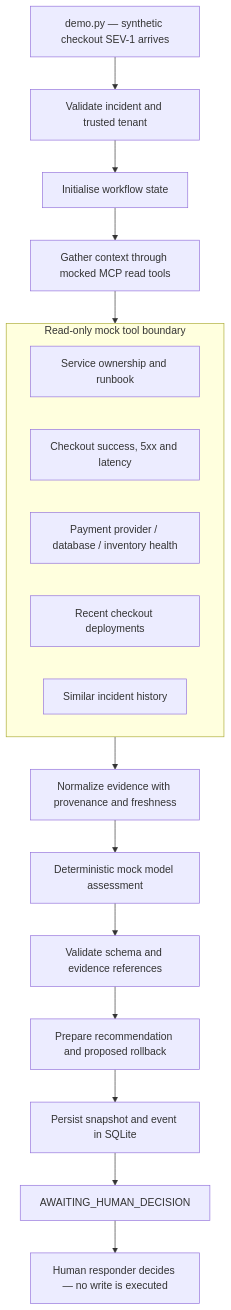
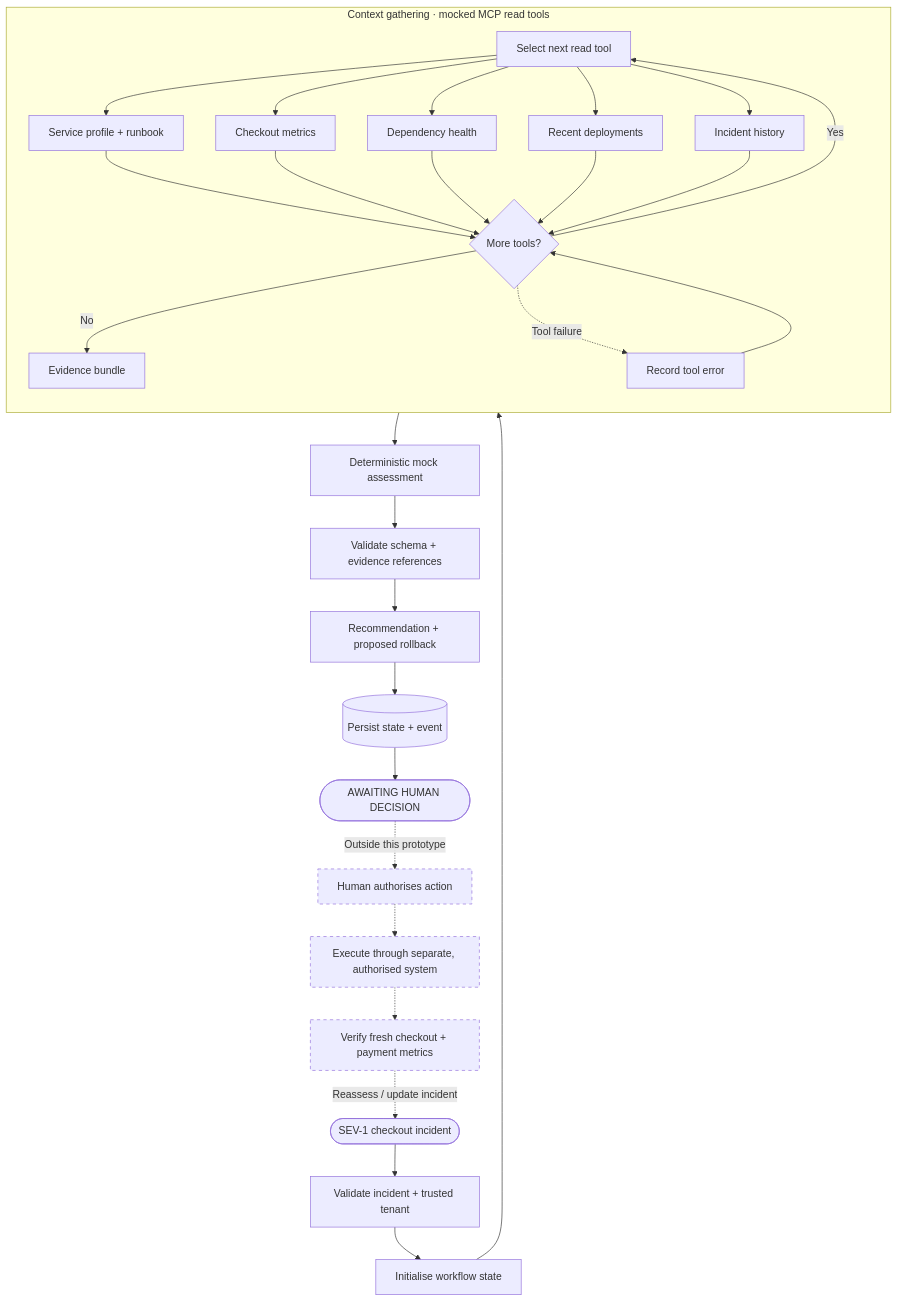
Before and after one commit to rudolfo-felix/pager-duty: the diagram in README.md, drawn with Mermaid. The commit also changed other lines of this file, not shown here.

Commit message:
Simplify README and show incident feedback loop

````diff
--- a/README.md
+++ b/README.md
@@ -9,21 +7,36 @@
 ```mermaid
 flowchart TD
-    A["demo.py — synthetic checkout SEV-1 arrives"] --> B["Validate incident and trusted tenant"]
+    A(["SEV-1 checkout incident"]) --> B["Validate incident + trusted tenant"]
     B --> C["Initialise workflow state"]
-    C --> D["Gather context through mocked MCP read tools"]
-    subgraph Tools["Read-only mock tool boundary"]
-        T1["Service ownership and runbook"]
-        T2["Checkout success, 5xx and latency"]
-        T3["Payment provider / database / inventory health"]
-        T4["Recent checkout deployments"]
-        T5["Similar incident history"]
+
+    subgraph G["Context gathering · mocked MCP read tools"]
+      direction TB
+      D["Select next read tool"]
+      T1["Service profile + runbook"]
+      T2["Checkout metrics"]
+      T3["Dependency health"]
+      T4["Recent deployments"]
+      T5["Incident history"]
+      D --> T1 & T2 & T3 & T4 & T5
+      T1 & T2 & T3 & T4 & T5 --> R{"More tools?"}
+      R -- "Yes" --> D
+      R -- "No" --> E["Evidence bundle"]
+      R -. "Tool failure" .-> X["Record tool error"]
+      X --> R
     end
-    D --> Tools
-    Tools --> E["Normalize evidence with provenance and freshness"]
-    E --> F["Deterministic mock model assessment"]
-    F --> G["Validate schema and evidence references"]
-    G --> H["Prepare recommendation and proposed rollback"]
-    H --> I["Persist snapshot and event in SQLite"]
-    I --> J["AWAITING_HUMAN_DECISION"]
-    J --> K["Human responder decides — no write is executed"]
+
+    C --> D
+    E --> F["Deterministic mock assessment"]
+    F --> V["Validate schema + evidence references"]
+    V --> H["Recommendation + proposed rollback"]
+    H --> P[("Persist state + event")]
+    P --> W(["AWAITING HUMAN DECISION"])
+
+    W -. "Outside this prototype" .-> A1["Human authorises action"]
+    A1 -.-> A2["Execute through separate, authorised system"]
+    A2 -.-> A3["Verify fresh checkout + payment metrics"]
+    A3 -. "Reassess / update incident" .-> A
+
+    classDef boundary stroke-dasharray:5 5
+    class A1,A2,A3 boundary
 ```
````
